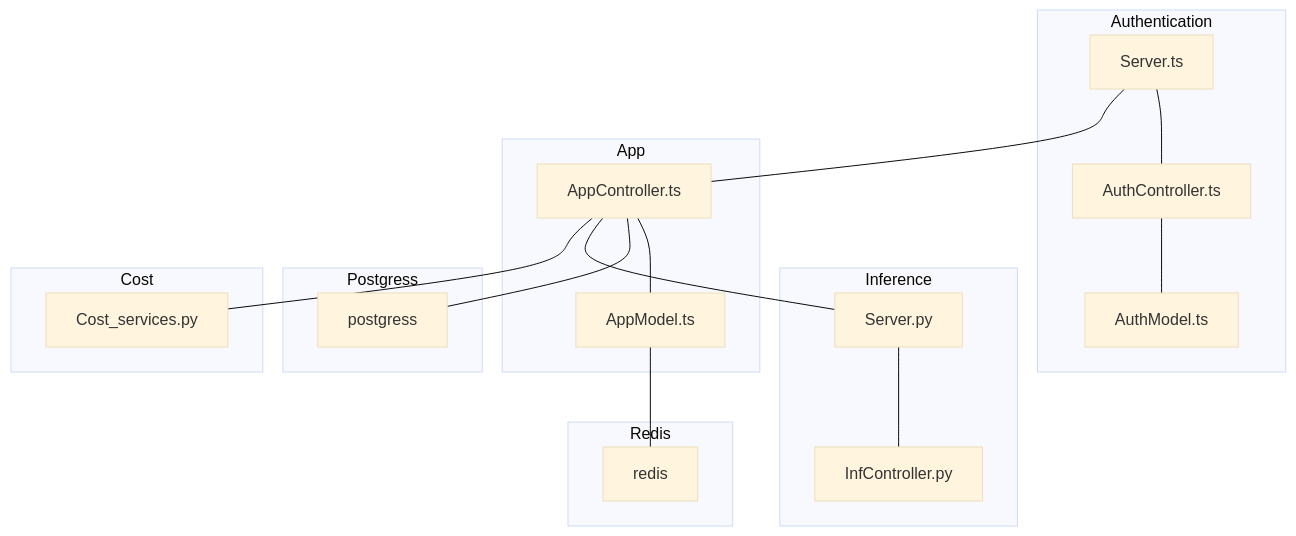
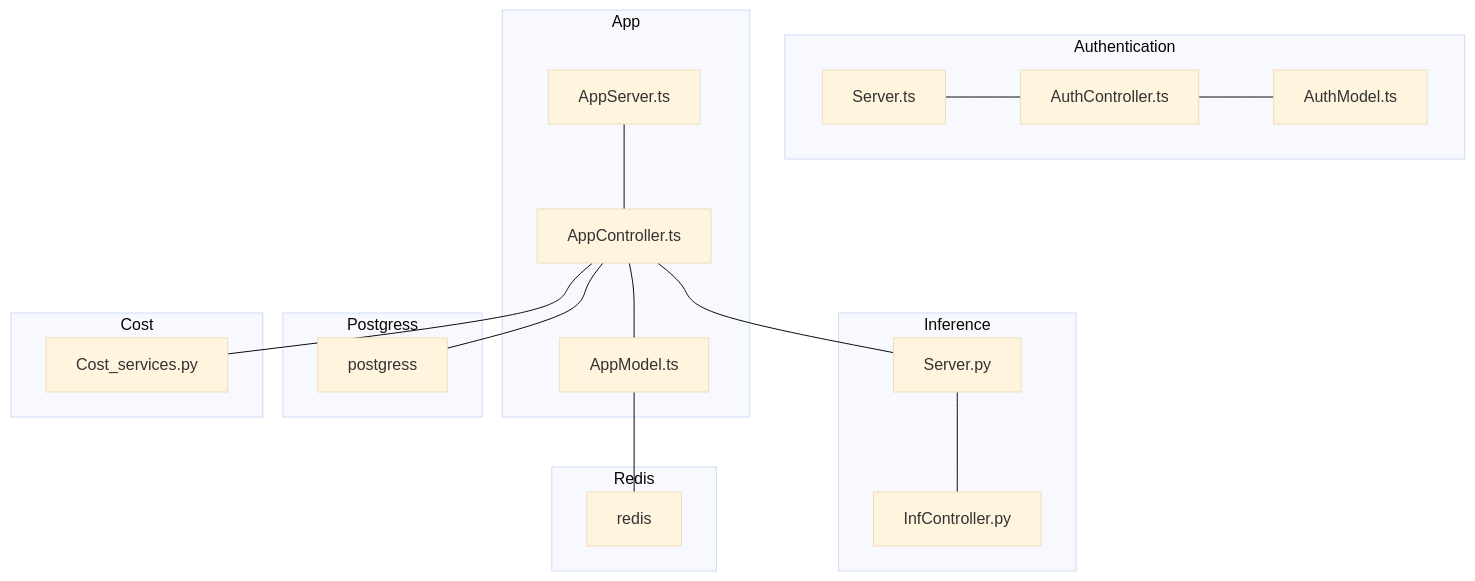
Before and after one commit to AgneseBruglia/PA2024: the second of 16 diagrams in README.md, drawn with Mermaid (base theme).

````diff
--- a/README.md
+++ b/README.md
@@ -54,38 +54,38 @@
 ```mermaid
 graph TD;
 
     subgraph Redis
     redis
     end
 
     subgraph Authentication
     Server.ts --- AuthController.ts
     AuthController.ts 
     AuthModel.ts 
     AuthController.ts --- AuthModel.ts
     end
 
     subgraph Inference
     Server.py --- InfController.py
     InfController.py
     end
 
     subgraph App
-    Server.ts --- AppController.ts
+    AppServer.ts --- AppController.ts
     AppController.ts --- AppModel.ts
     end
 
     subgraph Postgress
     postgress
     end
 
     subgraph Cost
     Cost_services.py
     end
 
     AppModel.ts --- redis
     AppController.ts --- postgress
     AppController.ts --- Server.py
     AppController.ts --- Cost_services.py
 
 ```
````
